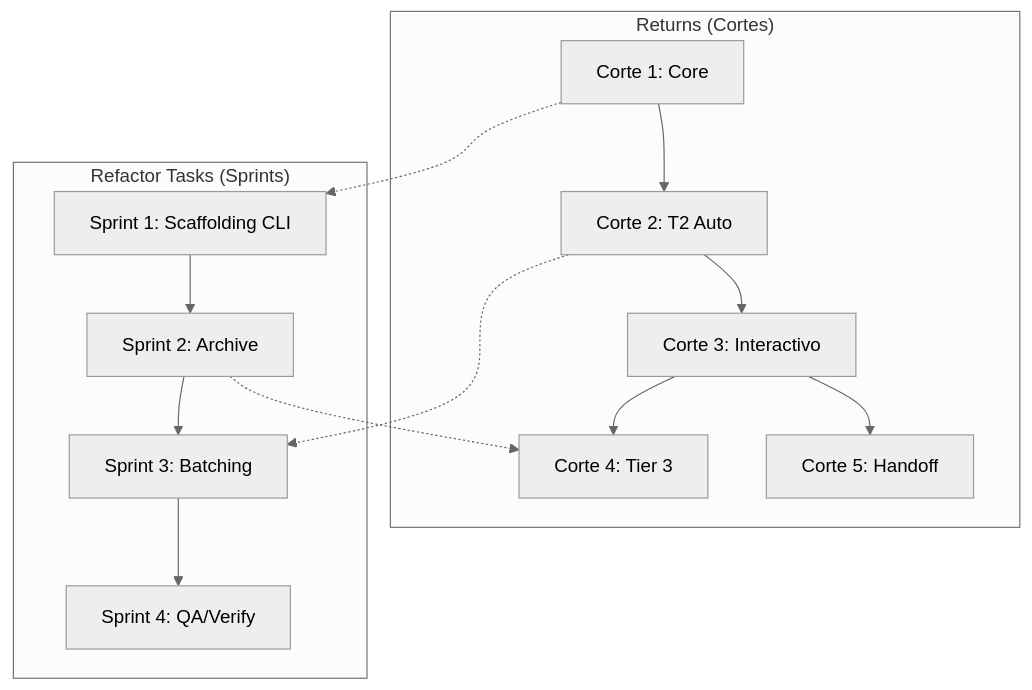
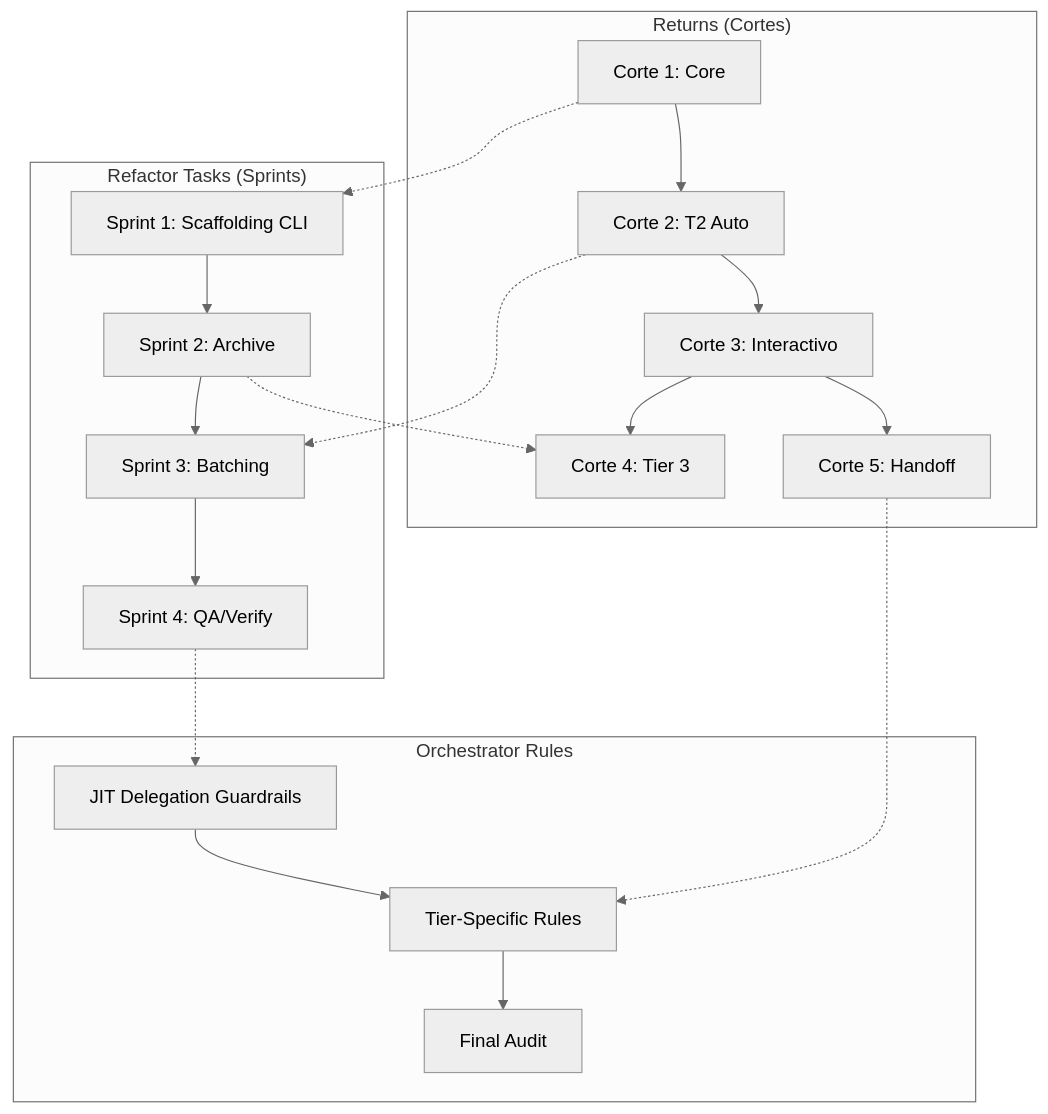
One commit to MaxGB23/funky-ai changed the diagram in openspec/rfcs/refactor-tasks/estrategia-coordinacion.md. Above: the diagram before and after it, drawn with Mermaid (neutral theme). The commit also changed other lines of this file and 14 other files, not shown here.

First line of the commit message:
docs: update SDD specs, strategy, prompts, and add tier2 delegation rules

````diff
--- a/openspec/rfcs/refactor-tasks/estrategia-coordinacion.md
+++ b/openspec/rfcs/refactor-tasks/estrategia-coordinacion.md
@@ -22,19 +25,26 @@
 ```mermaid
 graph TD
     subgraph "Returns (Cortes)"
         C1[Corte 1: Core] --> C2[Corte 2: T2 Auto]
         C2 --> C3[Corte 3: Interactivo]
         C3 --> C4[Corte 4: Tier 3]
         C3 --> C5[Corte 5: Handoff]
     end
 
     subgraph "Refactor Tasks (Sprints)"
         S1[Sprint 1: Scaffolding CLI] --> S2[Sprint 2: Archive]
         S2 --> S3[Sprint 3: Batching]
         S3 --> S4[Sprint 4: QA/Verify]
     end
 
+    subgraph "Orchestrator Rules"
+        R1[JIT Delegation Guardrails] --> R2[Tier-Specific Rules]
+        R2 --> R3[Final Audit]
+    end
+
     C1 -.-> S1
     C2 -.-> S3
     S2 -.-> C4
+    S4 -.-> R1
+    C5 -.-> R2
 ```
````
